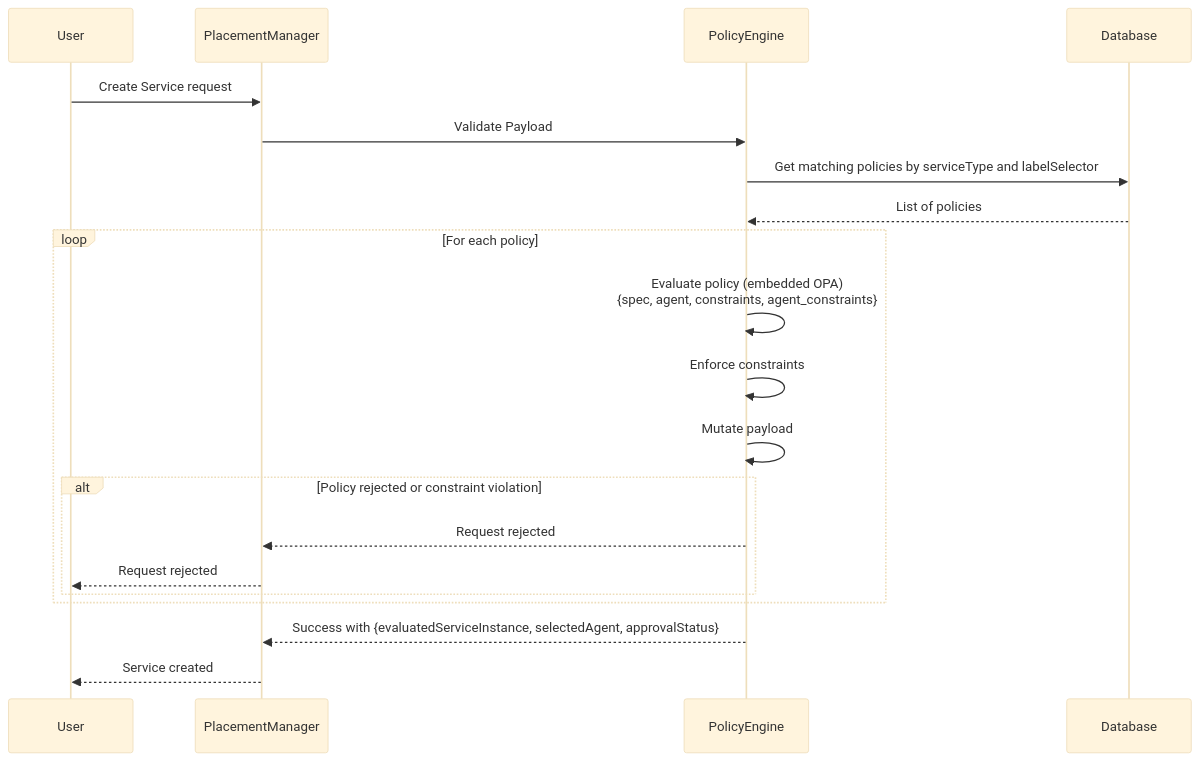
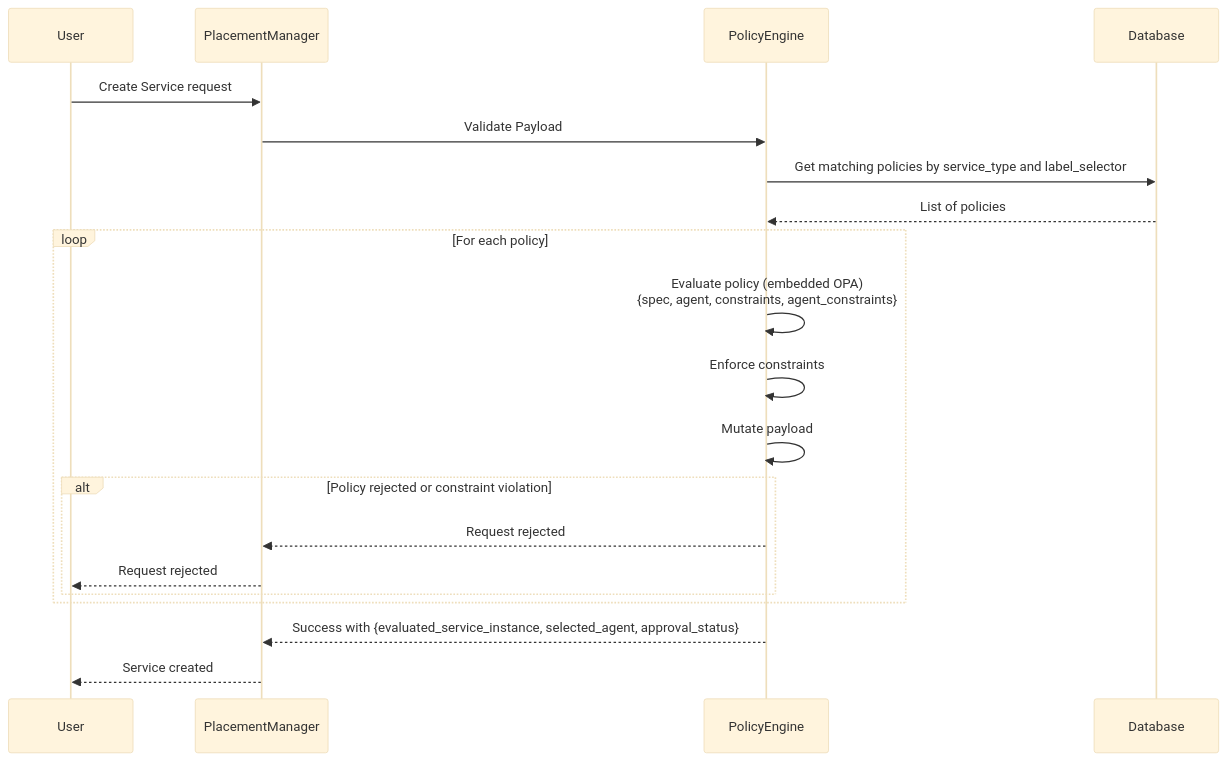
The second of 2 diagrams in enhancements/policy-engine/policy-engine.md (dcm-project/enhancements), drawn with Mermaid (base theme) before and after one commit. The commit also changed other lines of this file and 19 other files, not shown here.

````diff
--- a/enhancements/policy-engine/policy-engine.md
+++ b/enhancements/policy-engine/policy-engine.md
@@ -269,25 +269,25 @@
 ```mermaid
 sequenceDiagram
     participant User
     participant PlacementManager
     participant PolicyEngine
     participant Database
 
     User->>PlacementManager: Create Service request
     PlacementManager->>PolicyEngine: Validate Payload
-    PolicyEngine->>Database: Get matching policies by serviceType and labelSelector
+    PolicyEngine->>Database: Get matching policies by service_type and label_selector
     Database-->>PolicyEngine: List of policies
 
     loop For each policy
         PolicyEngine->>PolicyEngine: Evaluate policy (embedded OPA)<br/>{spec, agent, constraints, agent_constraints}
         PolicyEngine->>PolicyEngine: Enforce constraints
         PolicyEngine->>PolicyEngine: Mutate payload
         alt Policy rejected or constraint violation
             PolicyEngine-->>PlacementManager: Request rejected
             PlacementManager-->>User: Request rejected
         end
     end
 
-    PolicyEngine-->>PlacementManager: Success with {evaluatedServiceInstance, selectedAgent, approvalStatus}
+    PolicyEngine-->>PlacementManager: Success with {evaluated_service_instance, selected_agent, approval_status}
     PlacementManager-->>User: Service created
 ```
````
